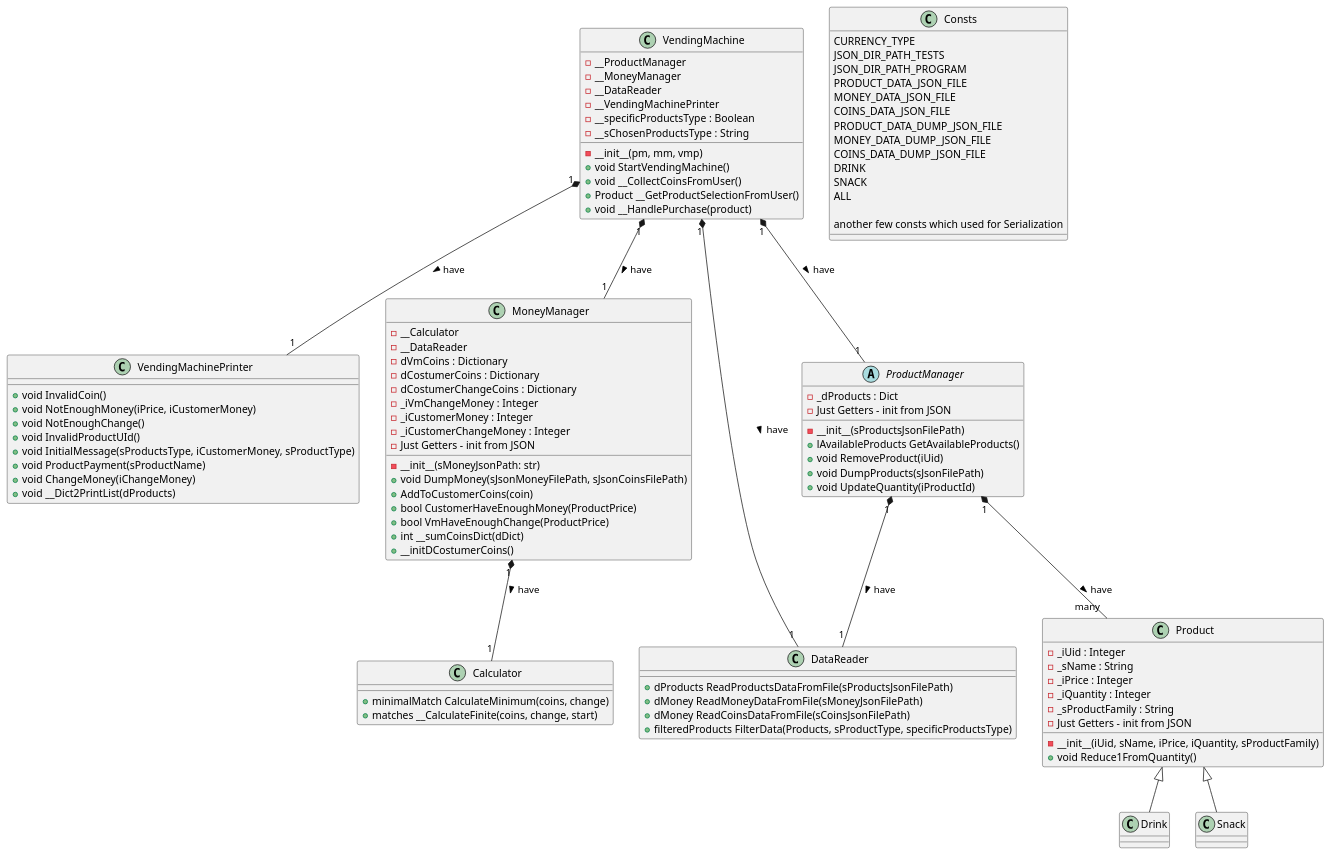
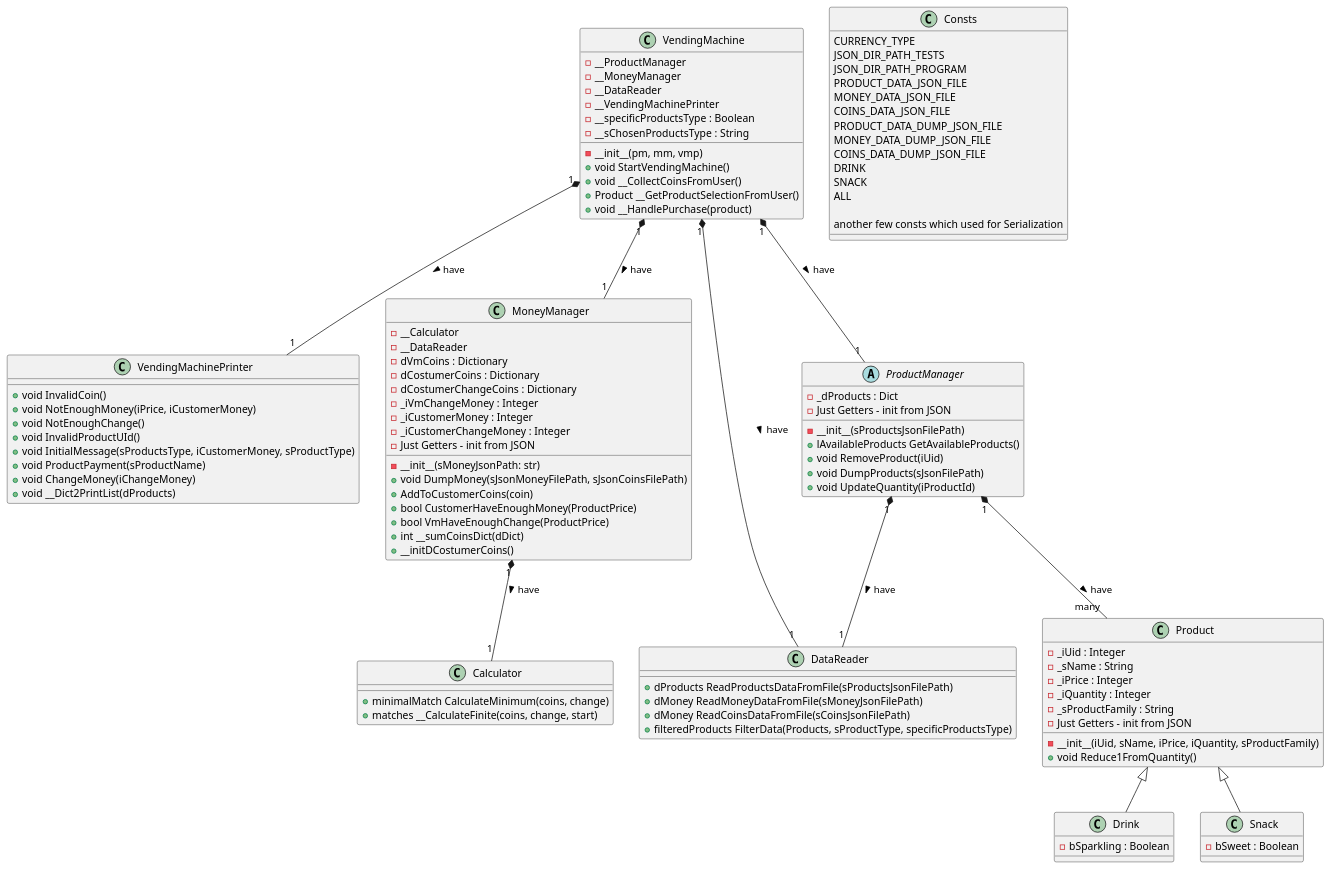
One commit to avielas/VendingMachine changed the diagram in aviela_home_assignment/uml/design.puml. Above: the diagram before and after it, drawn with PlantUML. The commit also changed 2 other files, not shown here.

Commit message:
update UML design

```diff
--- a/aviela_home_assignment/uml/design.puml
+++ b/aviela_home_assignment/uml/design.puml
@@ -1,112 +1,116 @@
 @startuml class diagram
 'https://plantuml.com/class-diagram
 
 class VendingMachine{
     -__ProductManager
     -__MoneyManager
     -__DataReader
     -__VendingMachinePrinter
     -__specificProductsType : Boolean
     -__sChosenProductsType : String
     -__init__(pm, mm, vmp)
     +void StartVendingMachine()
     +void __CollectCoinsFromUser()
     +Product __GetProductSelectionFromUser()
     +void __HandlePurchase(product)
 }
 
 class VendingMachinePrinter{
     +void InvalidCoin()
     +void NotEnoughMoney(iPrice, iCustomerMoney)
     +void NotEnoughChange()
     +void InvalidProductUId()
     +void InitialMessage(sProductsType, iCustomerMoney, sProductType)
     +void ProductPayment(sProductName)
     +void ChangeMoney(iChangeMoney)
     +void __Dict2PrintList(dProducts)
 }
 
 class MoneyManager{
     -__Calculator
     -__DataReader
     -dVmCoins : Dictionary
     -dCostumerCoins : Dictionary
     -dCostumerChangeCoins : Dictionary
     -_iVmChangeMoney : Integer
     -_iCustomerMoney : Integer
     -_iCustomerChangeMoney : Integer
     -Just Getters - init from JSON
     -__init__(sMoneyJsonPath: str)
     +void DumpMoney(sJsonMoneyFilePath, sJsonCoinsFilePath)
     +AddToCustomerCoins(coin)
     +bool CustomerHaveEnoughMoney(ProductPrice)
     +bool VmHaveEnoughChange(ProductPrice)
     +int __sumCoinsDict(dDict)
     +__initDCostumerCoins()
 }
 
 class Calculator{
     +minimalMatch CalculateMinimum(coins, change)
     +matches __CalculateFinite(coins, change, start)
 }
 
 class DataReader{
     +dProducts ReadProductsDataFromFile(sProductsJsonFilePath)
     +dMoney ReadMoneyDataFromFile(sMoneyJsonFilePath)
     +dMoney ReadCoinsDataFromFile(sCoinsJsonFilePath)
     +filteredProducts FilterData(Products, sProductType, specificProductsType)
 }
 
 class Product{
     -_iUid : Integer
     -_sName : String
     -_iPrice : Integer
     -_iQuantity : Integer
     -_sProductFamily : String
     -__init__(iUid, sName, iPrice, iQuantity, sProductFamily)
     -Just Getters - init from JSON
     +void Reduce1FromQuantity()
 }
 
-class Drink{}
+class Drink{
+    -bSparkling : Boolean
+}
 
-class Snack{}
+class Snack{
+    -bSweet : Boolean
+}
 
 class Consts{
     CURRENCY_TYPE
     JSON_DIR_PATH_TESTS
     JSON_DIR_PATH_PROGRAM
     PRODUCT_DATA_JSON_FILE
     MONEY_DATA_JSON_FILE
     COINS_DATA_JSON_FILE
     PRODUCT_DATA_DUMP_JSON_FILE
     MONEY_DATA_DUMP_JSON_FILE
     COINS_DATA_DUMP_JSON_FILE
     DRINK
     SNACK
     ALL
 
     another few consts which used for Serialization
 }
 
 abstract class ProductManager{
     - _dProducts : Dict
     -__init__(sProductsJsonFilePath)
     -Just Getters - init from JSON
     +lAvailableProducts GetAvailableProducts()
     +void RemoveProduct(iUid)
     +void DumpProducts(sJsonFilePath)
     +void UpdateQuantity(iProductId)
 }
 
 Product <|-- Drink
 Product <|-- Snack
 VendingMachine "1" *-- "1" ProductManager : have >
 VendingMachine "1" *-- "1" MoneyManager : have >
 VendingMachine "1" *-- "1" VendingMachinePrinter : have >
 VendingMachine "1" *-- "1" DataReader : have >
 ProductManager "1" *-- "1" DataReader : have >
 MoneyManager "1" *-- "1" Calculator : have >
 ProductManager "1" *-- "many" Product : have >
 
 @enduml
```
